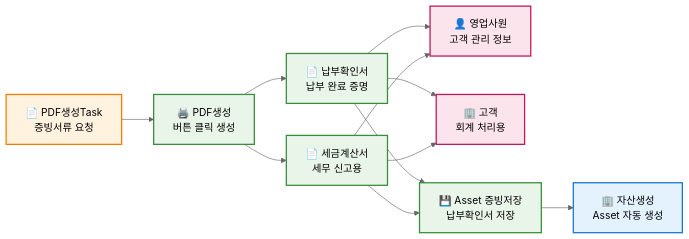
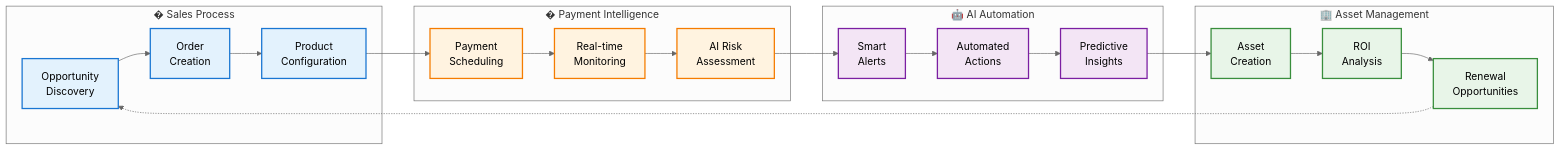
The second of 3 diagrams in README.md (MoonJH-2/MainOrgProject), drawn with Mermaid (neutral theme) before and after one commit. The commit also changed other lines of this file and 2 other files, not shown here.

````diff
--- a/README.md
+++ b/README.md
@@ -184,32 +119,37 @@
 ```mermaid
 flowchart LR
-    L["📄 PDF생성Task<br>증빙서류 요청"] --> O["🖨️ PDF생성<br>버튼 클릭 생성"]
+    subgraph "� Sales Process"
+        OPP[Opportunity<br/>Discovery] --> ORD[Order<br/>Creation]
+        ORD --> PROD[Product<br/>Configuration]
+    end
     
-    O --> P["📄 납부확인서<br>납부 완료 증명"]
-    O --> Q["📄 세금계산서<br>세무 신고용"]
+    subgraph "� Payment Intelligence"
+        PROD --> PAY[Payment<br/>Scheduling]
+        PAY --> MON[Real-time<br/>Monitoring]
+        MON --> AI_RISK[AI Risk<br/>Assessment]
+    end
     
-    P --> R["👤 영업사원<br>고객 관리 정보"]
-    P --> S["🏢 고객<br>회계 처리용"]
-    P --> AssetDoc["💾 Asset 증빙저장<br>납부확인서 저장"]
+    subgraph "🤖 AI Automation"
+        AI_RISK --> ALERT[Smart<br/>Alerts]
+        ALERT --> AUTO[Automated<br/>Actions]
+        AUTO --> INSIGHT[Predictive<br/>Insights]
+    end
     
-    Q --> R
-    Q --> S
-    Q --> AssetDoc
+    subgraph "🏢 Asset Management"
+        INSIGHT --> ASSET[Asset<br/>Creation]
+        ASSET --> ROI[ROI<br/>Analysis]
+        ROI --> RENEW[Renewal<br/>Opportunities]
+    end
     
-    AssetDoc --> N["🏢 자산생성<br>Asset 자동 생성"]
+    RENEW -.-> OPP
     
-    %% 스타일 정의
-    L:::task
-    O:::pdf
-    P:::pdf
-    Q:::pdf
-    R:::people
-    S:::people
-    AssetDoc:::pdf
-    N:::main
+    classDef sales fill:#e3f2fd,stroke:#1976d2,stroke-width:2px
+    classDef payment fill:#fff3e0,stroke:#f57c00,stroke-width:2px
+    classDef ai fill:#f3e5f5,stroke:#7b1fa2,stroke-width:2px
+    classDef asset fill:#e8f5e8,stroke:#388e3c,stroke-width:2px
     
-    classDef task fill:#fff3e0,stroke:#f57c00,stroke-width:2px
-    classDef pdf fill:#e8f5e8,stroke:#388e3c,stroke-width:2px
-    classDef people fill:#fce4ec,stroke:#c2185b,stroke-width:2px
-    classDef main fill:#e3f2fd,stroke:#1976d2,stroke-width:2px
+    class OPP,ORD,PROD sales
+    class PAY,MON,AI_RISK payment
+    class ALERT,AUTO,INSIGHT ai
+    class ASSET,ROI,RENEW asset
 ```
````
